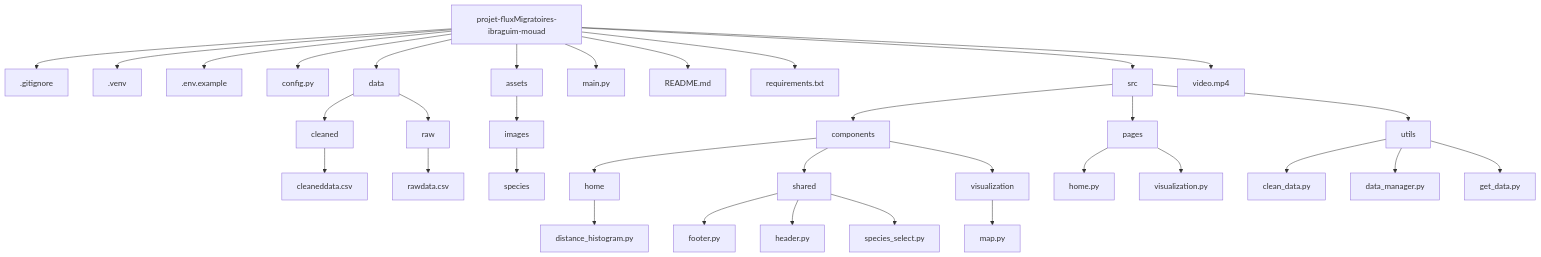
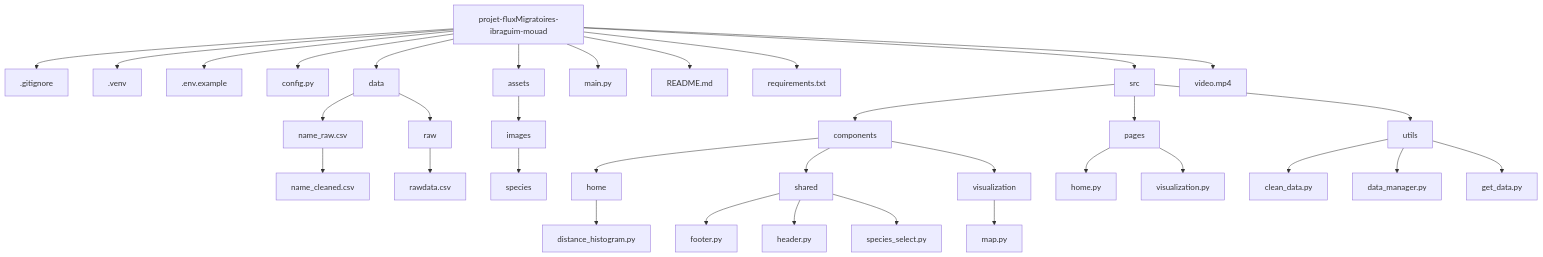
Before and after one commit to Swaroskiks/projet-fluxMigratoires-ibraguim-mouad: the diagram in README.md, drawn with Mermaid.

````diff
--- a/README.md
+++ b/README.md
@@ -52,37 +52,37 @@
 ```mermaid
 graph TD
     A[projet-fluxMigratoires-ibraguim-mouad]
     A --> B[.gitignore]
     A --> C[.venv]
     A --> D[.env.example]
     A --> E[config.py]
     A --> F[data]
-    F --> G[cleaned]
-    G --> H[cleaneddata.csv]
+    F --> G[name_raw.csv]
+    G --> H[name_cleaned.csv]
     F --> I[raw]
     I --> J[rawdata.csv]
     A --> K[assets]
     K --> L[images]
     L --> M[species]
     A --> N[main.py]
     A --> O[README.md]
     A --> P[requirements.txt]
     A --> Q[src]
     Q --> R[components]
     R --> S[home]
     S --> T[distance_histogram.py]
     R --> U[shared]
     U --> V[footer.py]
     U --> W[header.py]
     U --> X[species_select.py]
     R --> Y[visualization]
     Y --> Z[map.py]
     Q --> AA[pages]
     AA --> AB[home.py]
     AA --> AC[visualization.py]
     Q --> AD[utils]
     AD --> AE[clean_data.py]
     AD --> AF[data_manager.py]
     AD --> AG[get_data.py]
     A --> AH[video.mp4]
 ```
````
